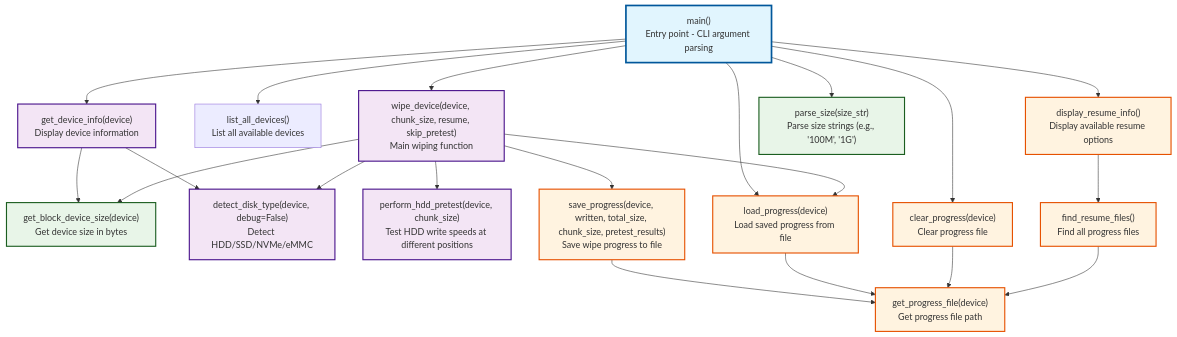
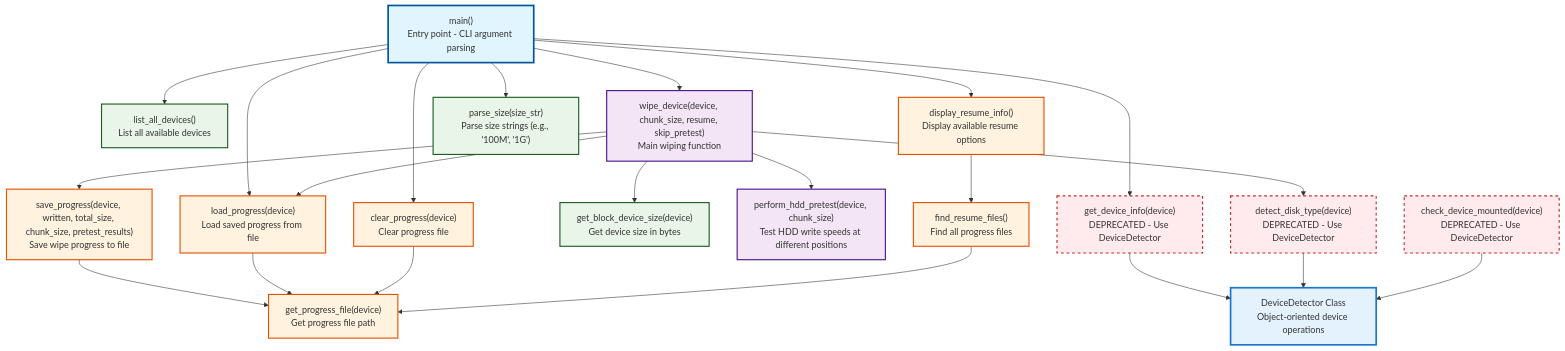
The second of 2 diagrams in DOCS/ARCH.md (cscortes/wipeit), drawn with Mermaid before and after one commit. The commit also changed other lines of this file and 7 other files, not shown here.

First line of the commit message:
Implement DeviceDetector class with comprehensive object-oriented design

````diff
--- a/DOCS/ARCH.md
+++ b/DOCS/ARCH.md
@@ -13,66 +83,75 @@
 ```mermaid
 graph TD
     %% Entry Point
     main["main()<br/>Entry point - CLI argument parsing"]
 
-    %% Device Information Functions
-    get_device_info["get_device_info(device)<br/>Display device information"]
+    %% DeviceDetector Class (New)
+    DeviceDetector["DeviceDetector Class<br/>Object-oriented device operations"]
+    
+    %% Legacy Functions (Backward Compatibility)
+    get_device_info["get_device_info(device)<br/>DEPRECATED - Use DeviceDetector"]
+    detect_disk_type["detect_disk_type(device)<br/>DEPRECATED - Use DeviceDetector"]
+    check_device_mounted["check_device_mounted(device)<br/>DEPRECATED - Use DeviceDetector"]
+
+    %% Core Functions
     list_all_devices["list_all_devices()<br/>List all available devices"]
     get_block_device_size["get_block_device_size(device)<br/>Get device size in bytes"]
-
-    %% Disk Type Detection
-    detect_disk_type["detect_disk_type(device, debug=False)<br/>Detect HDD/SSD/NVMe/eMMC"]
     perform_hdd_pretest["perform_hdd_pretest(device, chunk_size)<br/>Test HDD write speeds at different positions"]
 
     %% Progress Management
     get_progress_file["get_progress_file(device)<br/>Get progress file path"]
     save_progress["save_progress(device, written, total_size, chunk_size, pretest_results)<br/>Save wipe progress to file"]
     load_progress["load_progress(device)<br/>Load saved progress from file"]
     clear_progress["clear_progress(device)<br/>Clear progress file"]
     find_resume_files["find_resume_files()<br/>Find all progress files"]
     display_resume_info["display_resume_info()<br/>Display available resume options"]
 
     %% Core Wiping Function
     wipe_device["wipe_device(device, chunk_size, resume, skip_pretest)<br/>Main wiping function"]
 
     %% Utility Functions
     parse_size["parse_size(size_str)<br/>Parse size strings (e.g., '100M', '1G')"]
 
     %% Main function calls
     main --> display_resume_info
     main --> list_all_devices
     main --> parse_size
     main --> get_device_info
     main --> load_progress
     main --> clear_progress
     main --> wipe_device
 
-    %% get_device_info calls
-    get_device_info --> get_block_device_size
-    get_device_info --> detect_disk_type
+    %% Legacy wrapper calls (backward compatibility)
+    get_device_info --> DeviceDetector
+    detect_disk_type --> DeviceDetector
+    check_device_mounted --> DeviceDetector
 
     %% wipe_device calls
     wipe_device --> get_block_device_size
     wipe_device --> detect_disk_type
     wipe_device --> load_progress
     wipe_device --> perform_hdd_pretest
     wipe_device --> save_progress
 
     %% Progress management calls
     save_progress --> get_progress_file
     load_progress --> get_progress_file
     clear_progress --> get_progress_file
     display_resume_info --> find_resume_files
     find_resume_files --> get_progress_file
 
     %% Styling
     classDef entryPoint fill:#e1f5fe,stroke:#01579b,stroke-width:3px
+    classDef classNode fill:#e3f2fd,stroke:#1976d2,stroke-width:3px
     classDef coreFunction fill:#f3e5f5,stroke:#4a148c,stroke-width:2px
     classDef utilityFunction fill:#e8f5e8,stroke:#1b5e20,stroke-width:2px
     classDef progressFunction fill:#fff3e0,stroke:#e65100,stroke-width:2px
+    classDef deprecatedFunction fill:#ffebee,stroke:#c62828,stroke-width:2px,stroke-dasharray: 5 5
 
     class main entryPoint
-    class wipe_device,get_device_info,detect_disk_type,perform_hdd_pretest coreFunction
-    class parse_size,get_block_device_size utilityFunction
+    class DeviceDetector classNode
+    class wipe_device,perform_hdd_pretest coreFunction
+    class parse_size,get_block_device_size,list_all_devices utilityFunction
     class save_progress,load_progress,clear_progress,get_progress_file,find_resume_files,display_resume_info progressFunction
+    class get_device_info,detect_disk_type,check_device_mounted deprecatedFunction
 ```
````
